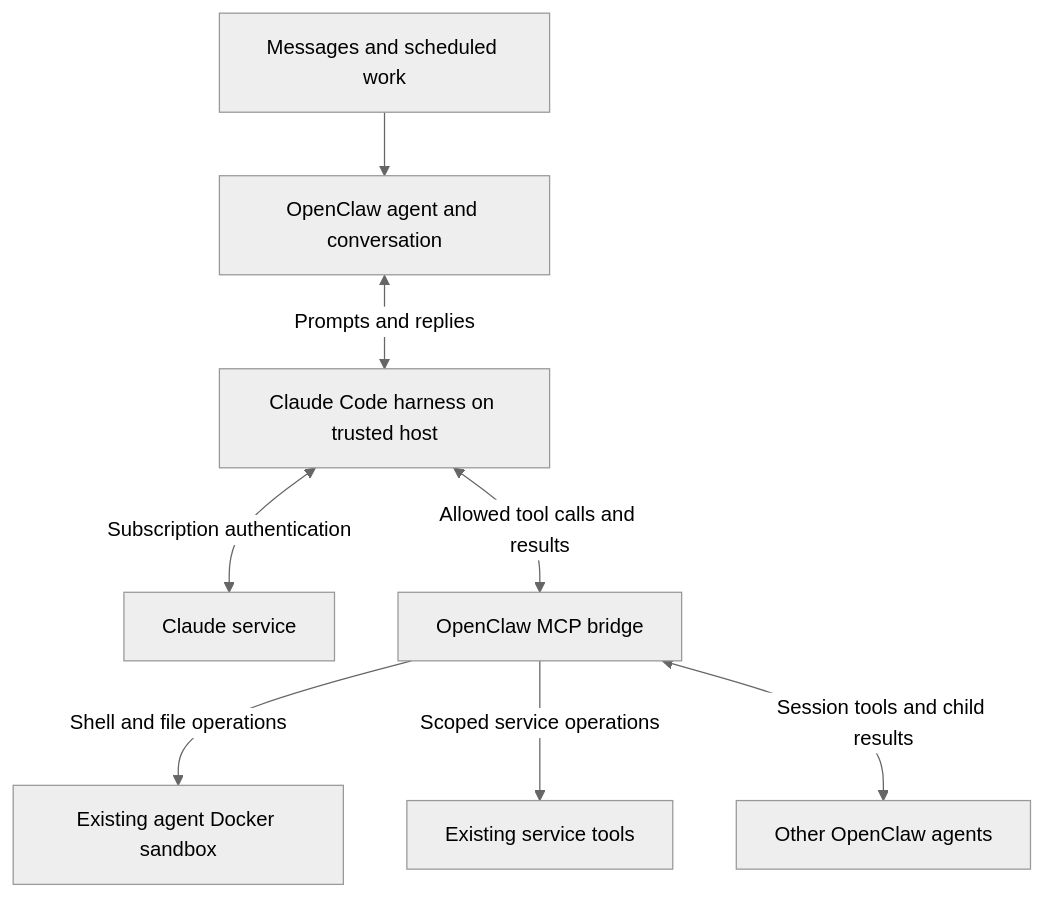
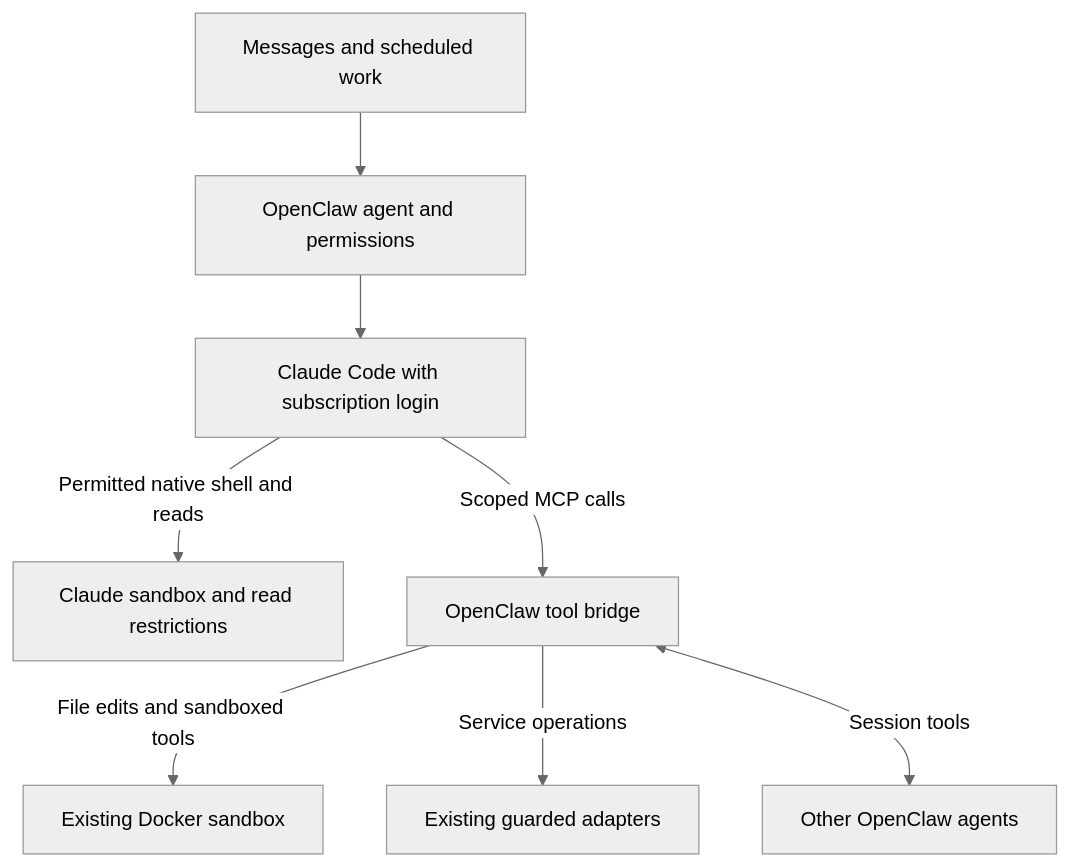
Before and after one commit to coletaylor788/puddles: the diagram in docs/plans/claude-code-subscription-harness.md, drawn with Mermaid (neutral theme). The commit also changed other lines of this file, not shown here.

Commit message:
docs: refine Claude native sandbox integration proposal

````diff
--- a/docs/plans/claude-code-subscription-harness.md
+++ b/docs/plans/claude-code-subscription-harness.md
@@ -17,10 +17,10 @@
 ```mermaid
 flowchart TB
-    User["Messages and scheduled work"] --> OC["OpenClaw agent and conversation"]
-    OC <-->|"Prompts and replies"| CC["Claude Code harness on trusted host"]
-    CC <-->|"Subscription authentication"| Claude["Claude service"]
-    CC <-->|"Allowed tool calls and results"| MCP["OpenClaw MCP bridge"]
-    MCP -->|"Shell and file operations"| Docker["Existing agent Docker sandbox"]
-    MCP -->|"Scoped service operations"| Services["Existing service tools"]
-    MCP <-->|"Session tools and child results"| Agents["Other OpenClaw agents"]
+    Messages["Messages and scheduled work"] --> OC["OpenClaw agent and permissions"]
+    OC --> CC["Claude Code with subscription login"]
+    CC -->|"Permitted native shell and reads"| Native["Claude sandbox and read restrictions"]
+    CC -->|"Scoped MCP calls"| MCP["OpenClaw tool bridge"]
+    MCP -->|"File edits and sandboxed tools"| Docker["Existing Docker sandbox"]
+    MCP -->|"Service operations"| Services["Existing guarded adapters"]
+    MCP <-->|"Session tools"| Agents["Other OpenClaw agents"]
 ```
````
